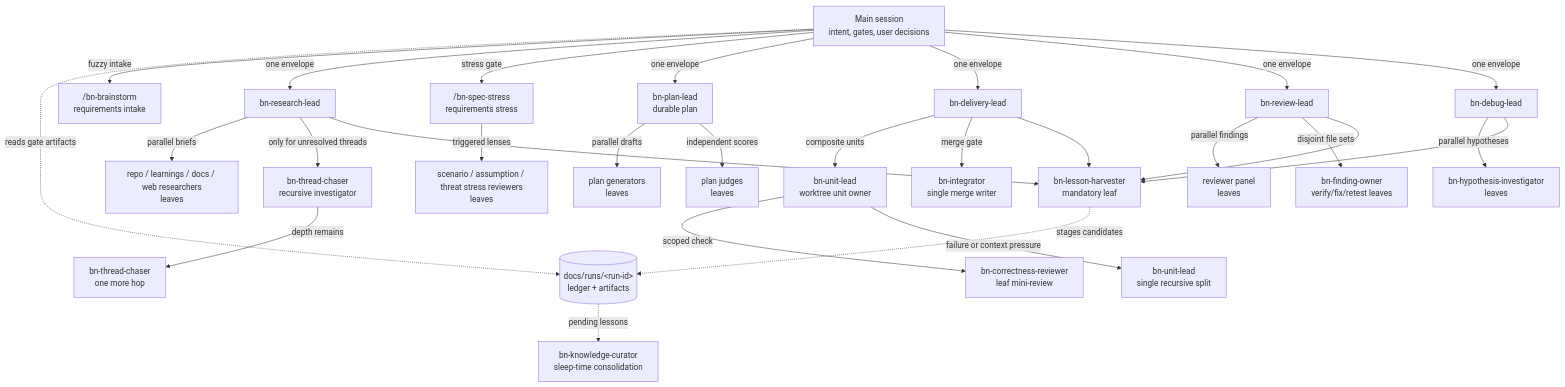
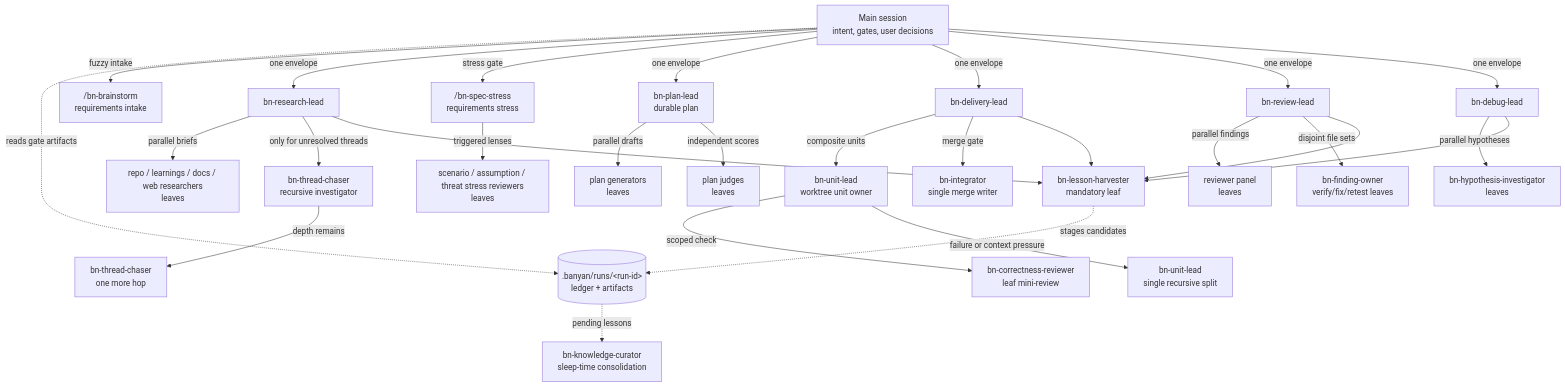
The diagram in README.md (rcmoynihan/banyan), drawn with Mermaid before and after one commit. The commit also changed other lines of this file and 109 other files, not shown here.

Commit message:
refactor: keep Banyan artifacts in local state

````diff
--- a/README.md
+++ b/README.md
@@ -21,40 +21,40 @@
 ```mermaid
 flowchart TD
   trunk["Main session<br/>intent, gates, user decisions"]
-  ledger[("docs/runs/&lt;run-id&gt;<br/>ledger + artifacts")]
+  ledger[(".banyan/runs/&lt;run-id&gt;<br/>ledger + artifacts")]
 
   trunk -. reads gate artifacts .-> ledger
   trunk -->|"fuzzy intake"| brainstorm["/bn-brainstorm<br/>requirements intake"]
   trunk -->|"one envelope"| research["bn-research-lead"]
   trunk -->|"stress gate"| specstress["/bn-spec-stress<br/>requirements stress"]
   trunk -->|"one envelope"| plan["bn-plan-lead<br/>durable plan"]
   trunk -->|"one envelope"| delivery["bn-delivery-lead"]
   trunk -->|"one envelope"| review["bn-review-lead"]
   trunk -->|"one envelope"| debug["bn-debug-lead"]
 
   research -->|"parallel briefs"| researchers["repo / learnings / docs / web researchers<br/>leaves"]
   research -->|"only for unresolved threads"| chaser["bn-thread-chaser<br/>recursive investigator"]
   chaser -->|"depth remains"| chaser2["bn-thread-chaser<br/>one more hop"]
 
   specstress -->|"triggered lenses"| specstressors["scenario / assumption / threat stress reviewers<br/>leaves"]
 
   plan -->|"parallel drafts"| generators["plan generators<br/>leaves"]
   plan -->|"independent scores"| judges["plan judges<br/>leaves"]
 
   delivery -->|"composite units"| unit["bn-unit-lead<br/>worktree unit owner"]
   unit -->|"scoped check"| miniReview["bn-correctness-reviewer<br/>leaf mini-review"]
   unit -->|"failure or context pressure"| subUnit["bn-unit-lead<br/>single recursive split"]
   delivery -->|"merge gate"| integrator["bn-integrator<br/>single merge writer"]
 
   review -->|"parallel findings"| reviewers["reviewer panel<br/>leaves"]
   review -->|"disjoint file sets"| owners["bn-finding-owner<br/>verify/fix/retest leaves"]
 
   debug -->|"parallel hypotheses"| investigators["bn-hypothesis-investigator<br/>leaves"]
 
   research --> harvest["bn-lesson-harvester<br/>mandatory leaf"]
   delivery --> harvest
   review --> harvest
   debug --> harvest
   harvest -. stages candidates .-> ledger
   ledger -. pending lessons .-> curator["bn-knowledge-curator<br/>sleep-time consolidation"]
 ```
````
